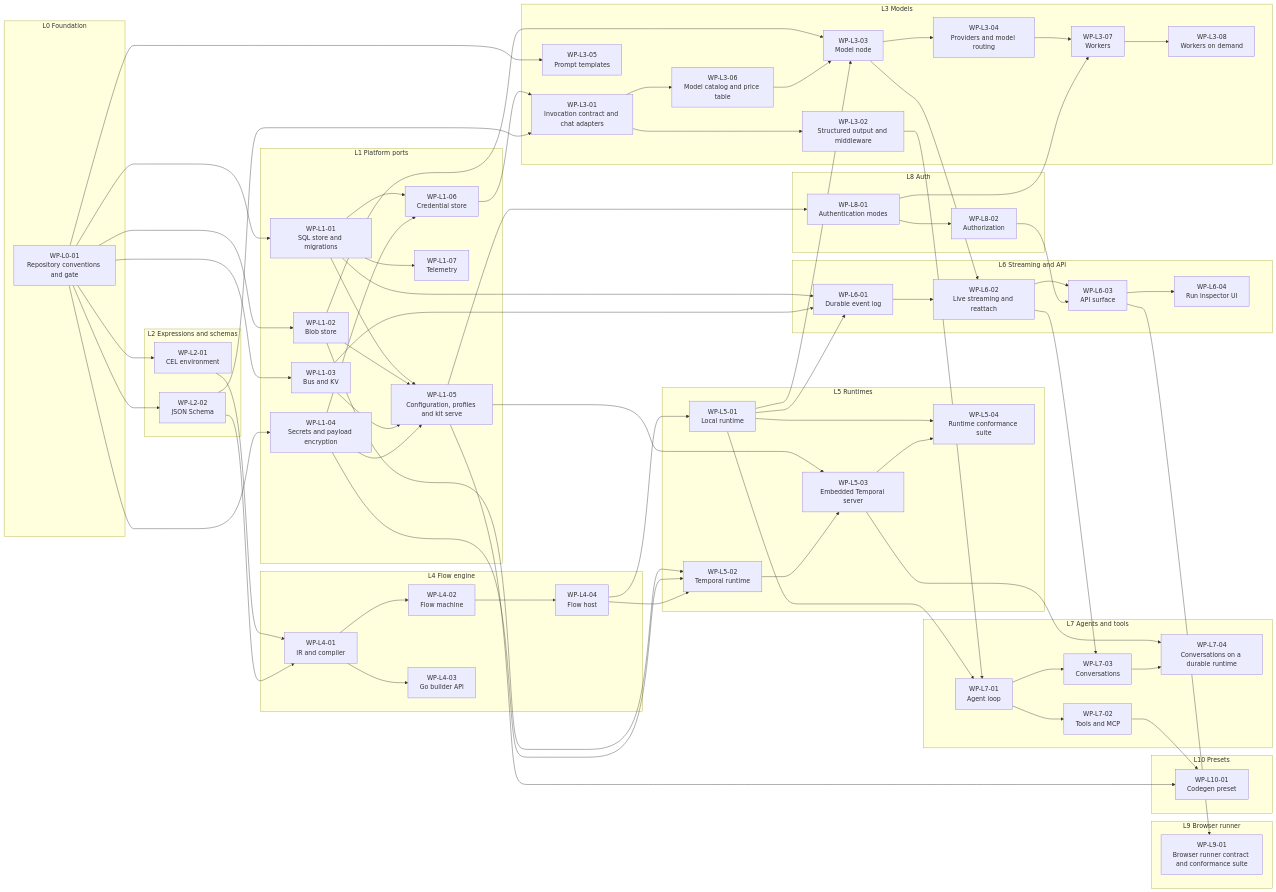
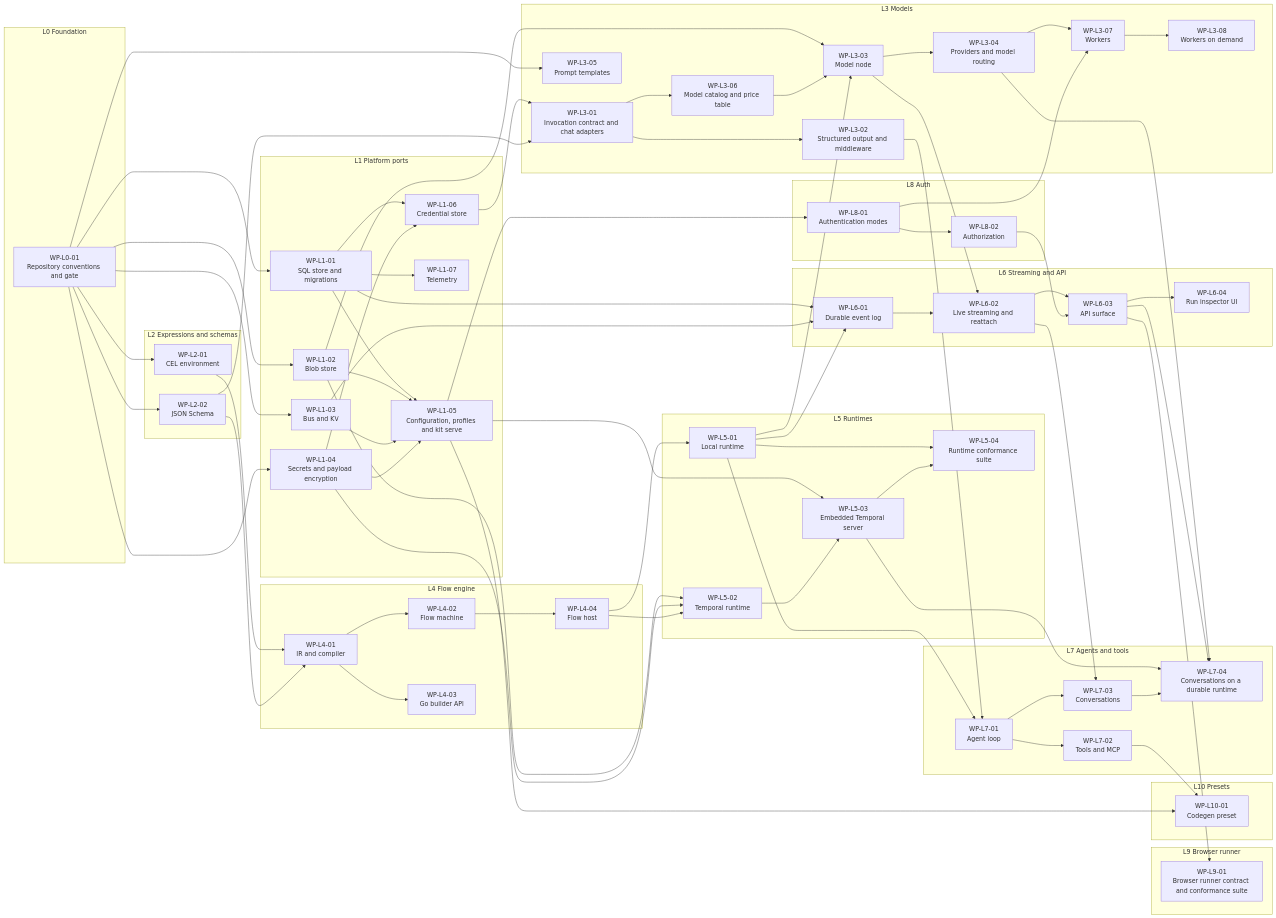
One commit to epzero/basamento changed the second of 2 diagrams in docs/roadmap/README.md. Above: the diagram before and after it, drawn with Mermaid. The commit also changed 5 other files, not shown here.

```diff
--- a/docs/roadmap/README.md
+++ b/docs/roadmap/README.md
@@ -155,6 +155,7 @@
   WP_L3_03 --> WP_L3_04
   WP_L3_03 --> WP_L6_02
   WP_L3_04 --> WP_L3_07
+  WP_L3_04 --> WP_L7_04
   WP_L3_06 --> WP_L3_03
   WP_L3_07 --> WP_L3_08
   WP_L4_01 --> WP_L4_02
@@ -173,6 +174,7 @@
   WP_L6_02 --> WP_L6_03
   WP_L6_02 --> WP_L7_03
   WP_L6_03 --> WP_L6_04
+  WP_L6_03 --> WP_L7_04
   WP_L6_03 --> WP_L9_01
   WP_L7_01 --> WP_L7_02
   WP_L7_01 --> WP_L7_03
```
